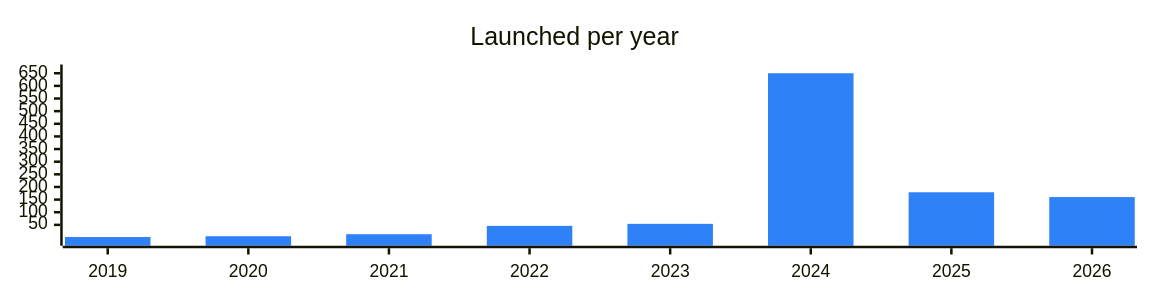
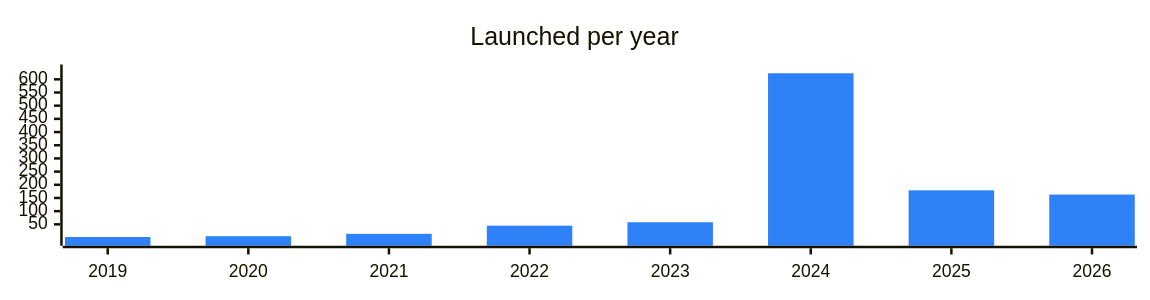
Before and after one commit to vitalikgpt/gram-ecosystem: the diagram in categories/games.md, drawn with Mermaid. The commit also changed other lines of this file and 71 other files, not shown here.

````diff
--- a/categories/games.md
+++ b/categories/games.md
@@ -7,7 +7,7 @@
 ```mermaid
 %%{init: {"xyChart": {"width": 900, "height": 220}, "themeVariables": {"xyChart": {"plotColorPalette": "#2f81f7"}}}}%%
 xychart-beta
   title "Launched per year"
   x-axis ["2019", "2020", "2021", "2022", "2023", "2024", "2025", "2026"]
-  bar [2, 5, 13, 46, 54, 650, 179, 160]
+  bar [2, 5, 14, 45, 58, 623, 179, 163]
 ```
````
